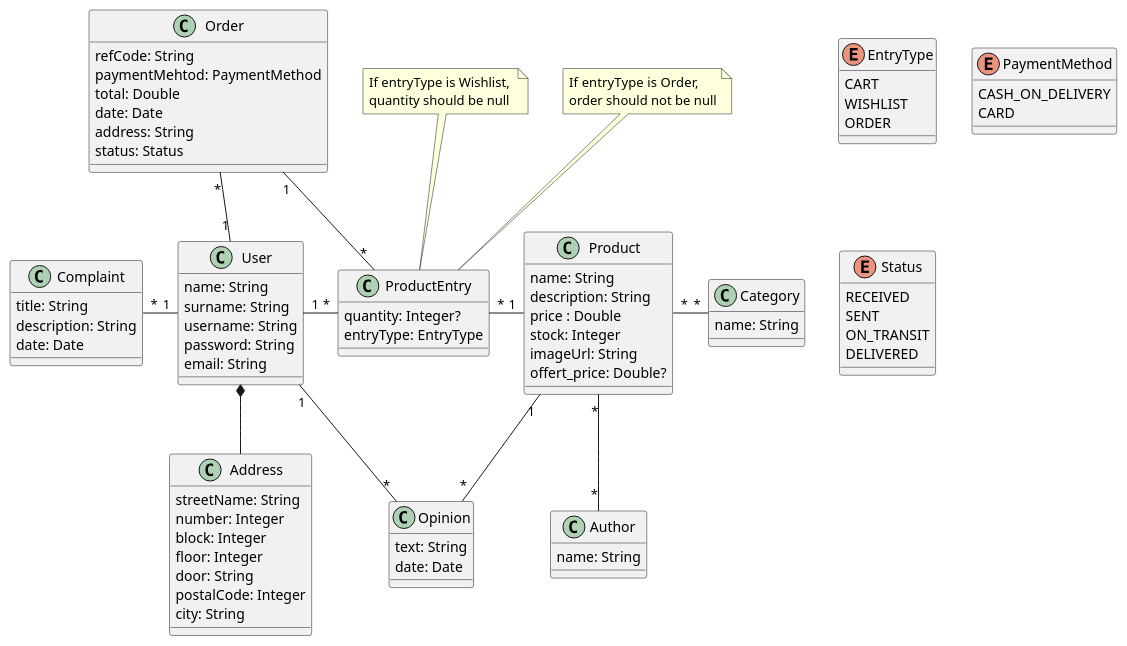
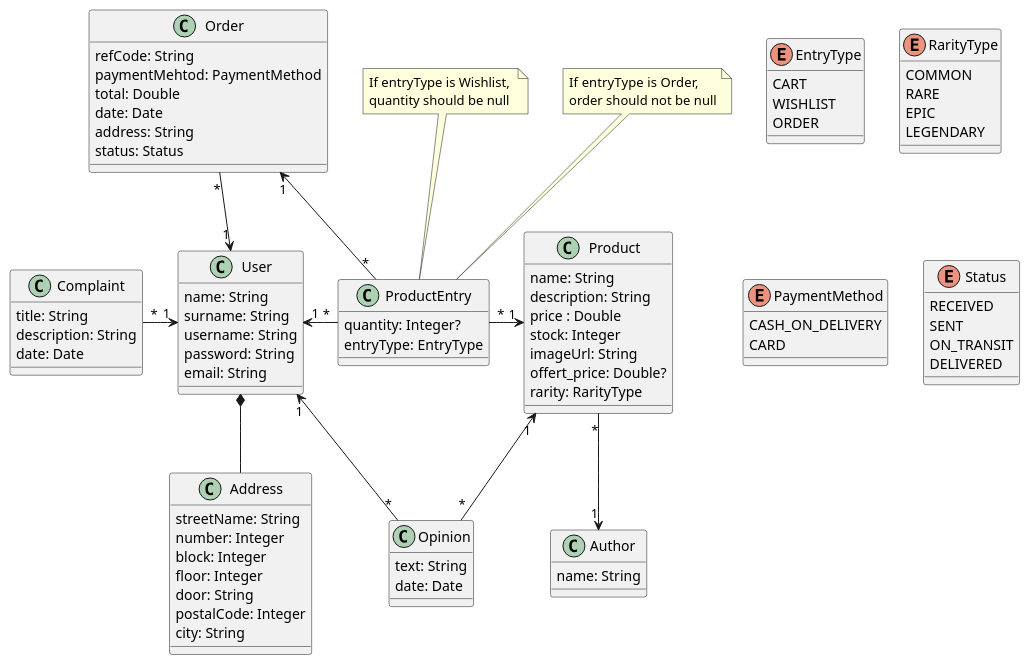
Before and after one commit to PGPI-G3-06/Acme-NFT: the diagram in acme_nft/domain_model.puml, drawn with PlantUML. The commit also changed 5 other files, not shown here.

```diff
--- a/acme_nft/domain_model.puml
+++ b/acme_nft/domain_model.puml
@@ -1,104 +1,108 @@
 @startuml Acme NFT
 
 class User {
     name: String
     surname: String
     username: String
     password: String
     email: String
 }
 
 class ProductEntry {
     quantity: Integer?
     entryType: EntryType
 }
 
 note top of ProductEntry
     If entryType is Wishlist, 
     quantity should be null
 endnote
 
 note top of ProductEntry
     If entryType is Order, 
     order should not be null
 endnote
 
 enum EntryType {
     CART
     WISHLIST
     ORDER
 
 }
 
 class Address {
     streetName: String
     number: Integer
     block: Integer
     floor: Integer
     door: String
     postalCode: Integer
     city: String
 }
 
+enum RarityType {
+    COMMON
+    RARE
+    EPIC
+    LEGENDARY
+}
+
 class Product {
     name: String
     description: String
     price : Double
     stock: Integer
     imageUrl: String
     offert_price: Double?
+    rarity: RarityType
 }
 
-class Category {
-    name: String
-}
 
 class Author {
     name: String
 }
 
 class Order {
     refCode: String
     paymentMehtod: PaymentMethod
     total: Double
     date: Date
     address: String
     status: Status
 }
 
 enum PaymentMethod{
     CASH_ON_DELIVERY
     CARD
 }
 
 enum Status {
     RECEIVED
     SENT
     ON_TRANSIT
     DELIVERED
 }
 
 class Opinion{
     text: String
     date: Date
 }
 
 class Complaint {
     title: String
     description: String
     date: Date
 }
 
 
 User *-- Address
-Product "*" - "*" Category
-Product "*" -d- "*" Author
-User "1" - "*" ProductEntry
-ProductEntry "*" - "1" Product
-Order "1" -d- "*" ProductEntry
-User "1" -u- "*" Order
-Product "1" -d- "*" Opinion
-Opinion "*" - "1" User
-User "1" -l- "*" Complaint
+Product "*" -d-> "1" Author
+User "1" <- "*" ProductEntry
+ProductEntry "*" -> "1" Product
+Order "1" <-d- "*" ProductEntry
+User "1" <-u- "*" Order
+Product "1" <-d- "*" Opinion
+Opinion "*" -> "1" User
+User "1" <-l- "*" Complaint
 
 @enduml
```
